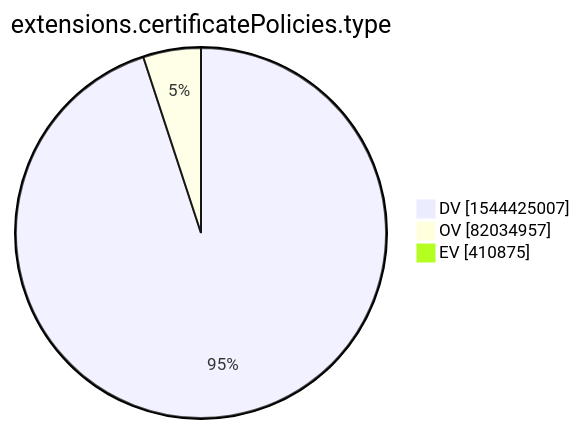
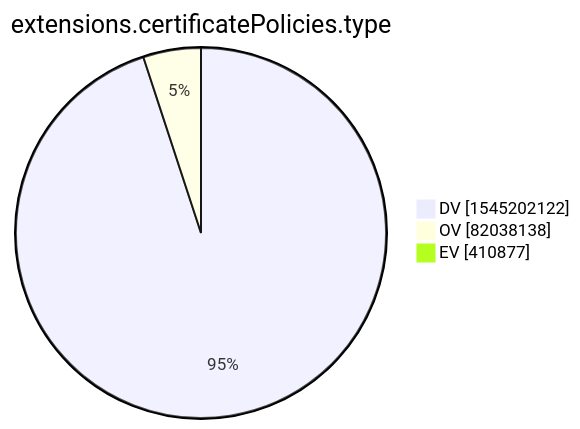
The tenth of 15 diagrams in xenon2022/README.md (christiankrug/ctmonitor_visualization), drawn with Mermaid before and after one commit. The commit also changed other lines of this file, not shown here.

````diff
--- a/xenon2022/README.md
+++ b/xenon2022/README.md
@@ -2876,7 +2876,7 @@
 ```mermaid
 pie showData
 title extensions.certificatePolicies.type
-"DV" :1544425007
-"OV" :82034957
-"EV" :410875
+"DV" :1545202122
+"OV" :82038138
+"EV" :410877
 ```
````
